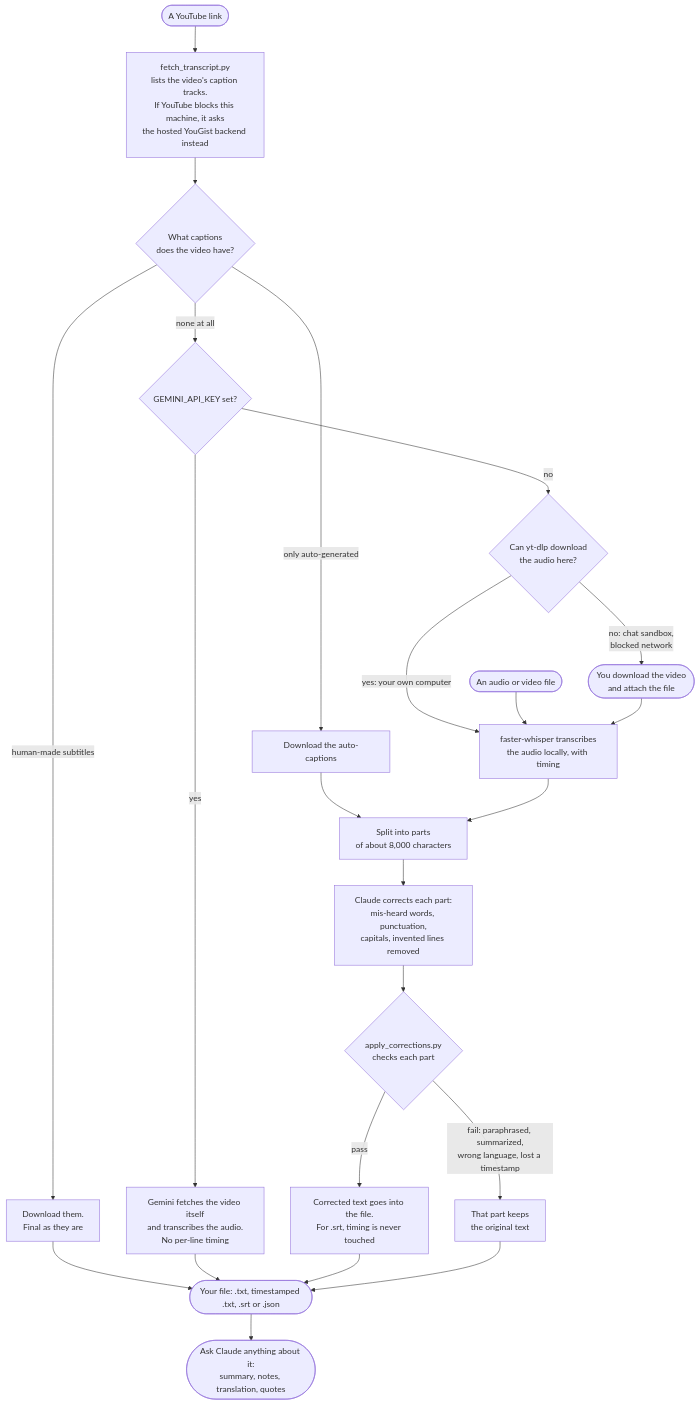
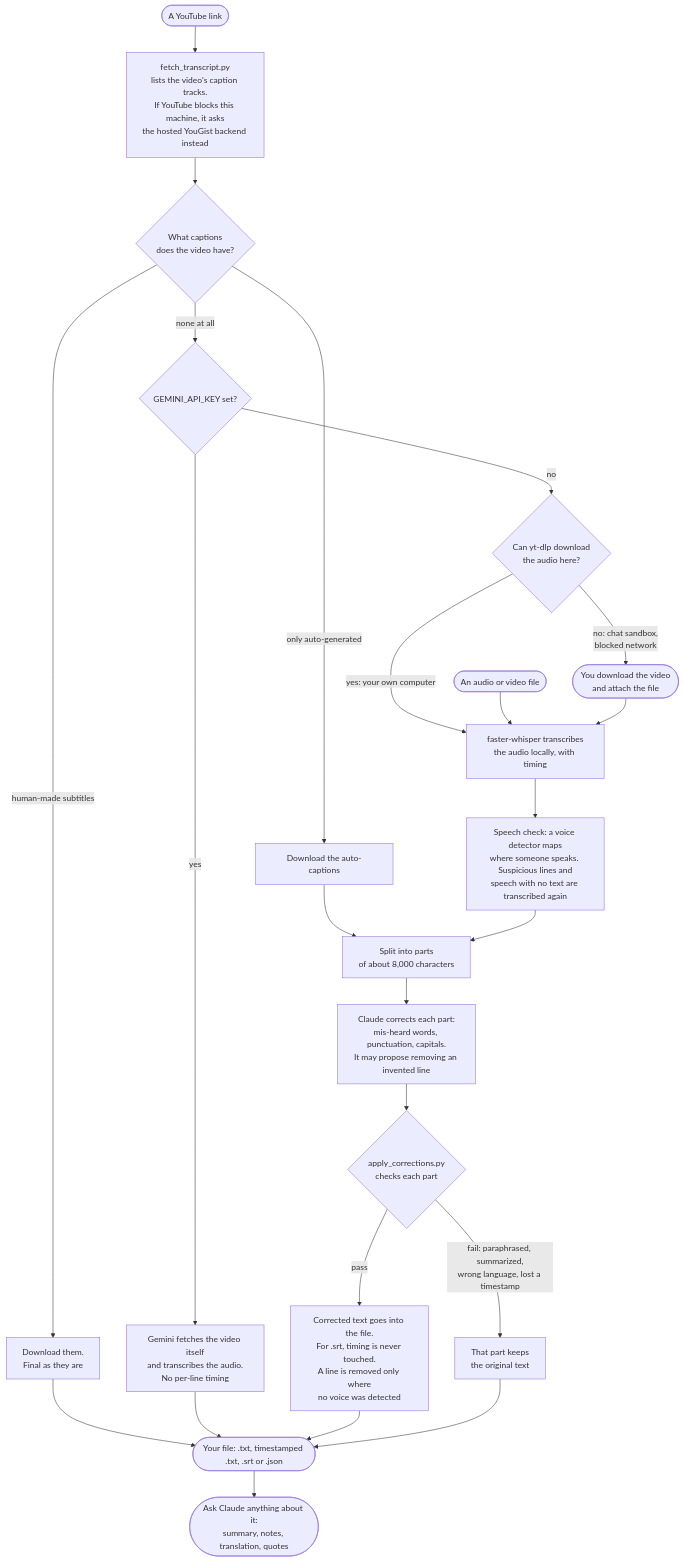
Before and after one commit to enderphan94/youtube-skills: the diagram in README.md, drawn with Mermaid. The commit also changed other lines of this file and 7 other files, not shown here.

First line of the commit message:
Check Whisper transcripts against detected speech so nothing goes missing

````diff
--- a/README.md
+++ b/README.md
@@ -91,29 +91,30 @@
 ```mermaid
 flowchart TD
     U([A YouTube link]) --> F[fetch_transcript.py<br/>lists the video's caption tracks.<br/>If YouTube blocks this machine, it asks<br/>the hosted YouGist backend instead]
     F --> Q{What captions<br/>does the video have?}
 
     Q -- "human-made subtitles" --> H[Download them.<br/>Final as they are]
     Q -- "only auto-generated" --> A[Download the auto-captions]
     Q -- "none at all" --> G{GEMINI_API_KEY set?}
 
     G -- "yes" --> GM[Gemini fetches the video itself<br/>and transcribes the audio.<br/>No per-line timing]
     G -- "no" --> D{Can yt-dlp download<br/>the audio here?}
     D -- "yes: your own computer" --> W[faster-whisper transcribes<br/>the audio locally, with timing]
     D -- "no: chat sandbox,<br/>blocked network" --> X([You download the video<br/>and attach the file])
     L([An audio or video file]) --> W
     X --> W
 
+    W --> S[Speech check: a voice detector maps<br/>where someone speaks. Suspicious lines and<br/>speech with no text are transcribed again]
     A --> P[Split into parts<br/>of about 8,000 characters]
-    W --> P
-    P --> C[Claude corrects each part:<br/>mis-heard words, punctuation,<br/>capitals, invented lines removed]
+    S --> P
+    P --> C[Claude corrects each part:<br/>mis-heard words, punctuation, capitals.<br/>It may propose removing an invented line]
     C --> V{apply_corrections.py<br/>checks each part}
-    V -- "pass" --> M[Corrected text goes into the file.<br/>For .srt, timing is never touched]
+    V -- "pass" --> M[Corrected text goes into the file.<br/>For .srt, timing is never touched.<br/>A line is removed only where<br/>no voice was detected]
     V -- "fail: paraphrased, summarized,<br/>wrong language, lost a timestamp" --> K[That part keeps<br/>the original text]
 
     H --> O([Your file: .txt, timestamped .txt, .srt or .json])
     GM --> O
     M --> O
     K --> O
     O --> N([Ask Claude anything about it:<br/>summary, notes, translation, quotes])
 ```
````
